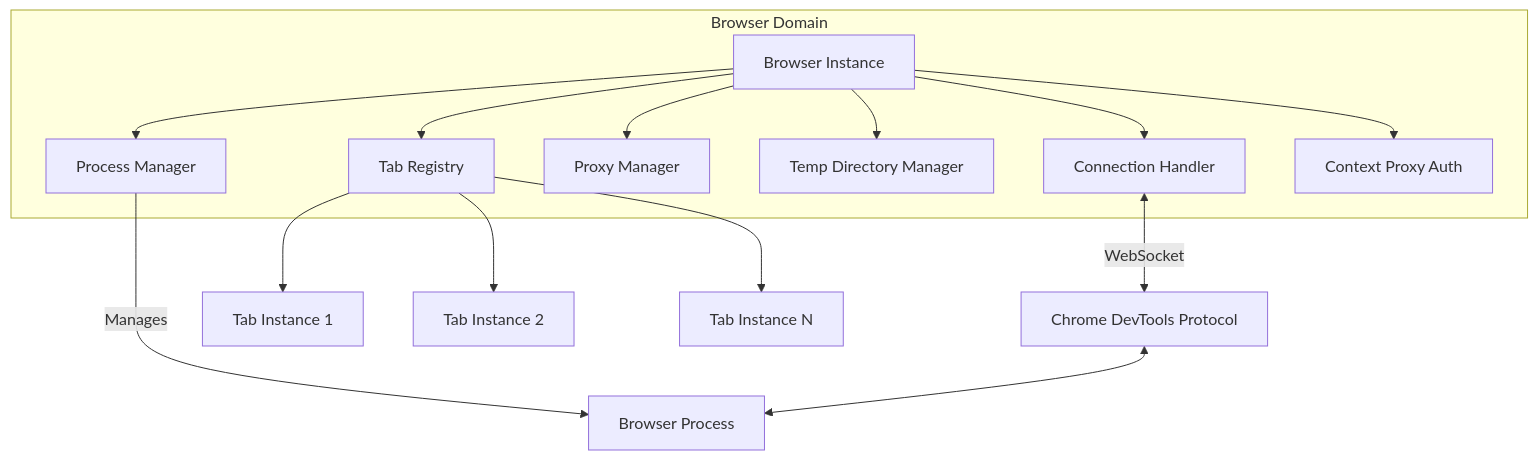
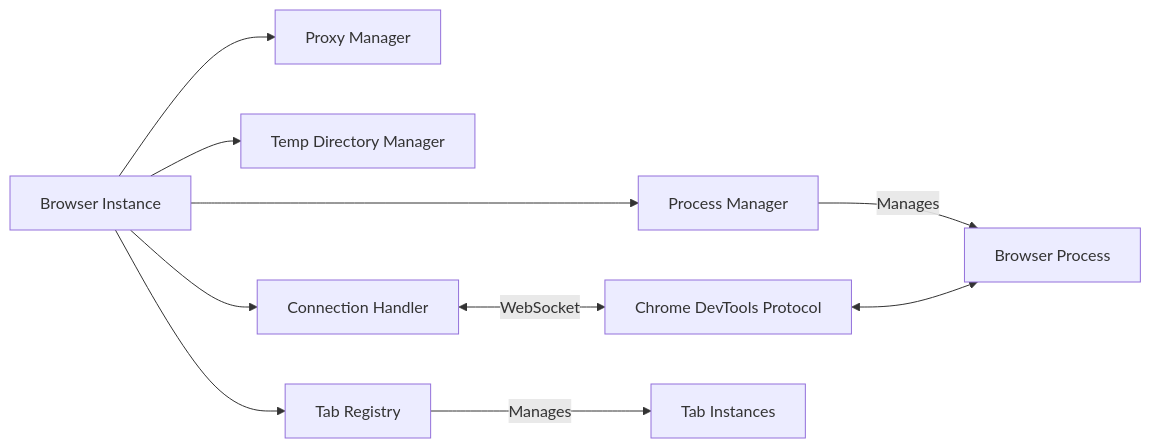
One commit to yie1d/pydoll changed the first of 2 diagrams in docs/en/deep-dive/architecture/browser-domain.md. Above: the diagram before and after it, drawn with Mermaid. The commit also changed other lines of this file and 159 other files, not shown here.

````diff
--- a/docs/en/deep-dive/architecture/browser-domain.md
+++ b/docs/en/deep-dive/architecture/browser-domain.md
@@ -12,20 +12,14 @@
 ```mermaid
-graph TB
-    subgraph "Browser Domain"
-        Browser[Browser Instance]
-        Browser --> ConnectionHandler[Connection Handler]
-        Browser --> ProcessManager[Process Manager]
-        Browser --> ProxyManager[Proxy Manager]
-        Browser --> TempDirManager[Temp Directory Manager]
-        Browser --> TabRegistry[Tab Registry]
-        Browser --> ContextAuth[Context Proxy Auth]
-    end
+graph LR
+    Browser[Browser Instance]
+    Browser --> ProcessManager[Process Manager]
+    Browser --> ProxyManager[Proxy Manager]
+    Browser --> TempDirManager[Temp Directory Manager]
+    Browser --> TabRegistry[Tab Registry]
+    Browser --> ConnectionHandler[Connection Handler]
     
+    ProcessManager --> |Manages| BrowserProcess[Browser Process]
     ConnectionHandler <--> |WebSocket| CDP[Chrome DevTools Protocol]
-    ProcessManager --> |Manages| BrowserProcess[Browser Process]
-    TabRegistry --> Tab1[Tab Instance 1]
-    TabRegistry --> Tab2[Tab Instance 2]
-    TabRegistry --> Tab3[Tab Instance N]
-    
+    TabRegistry --> |Manages| Tabs[Tab Instances]
     CDP <--> BrowserProcess
 ```
````
